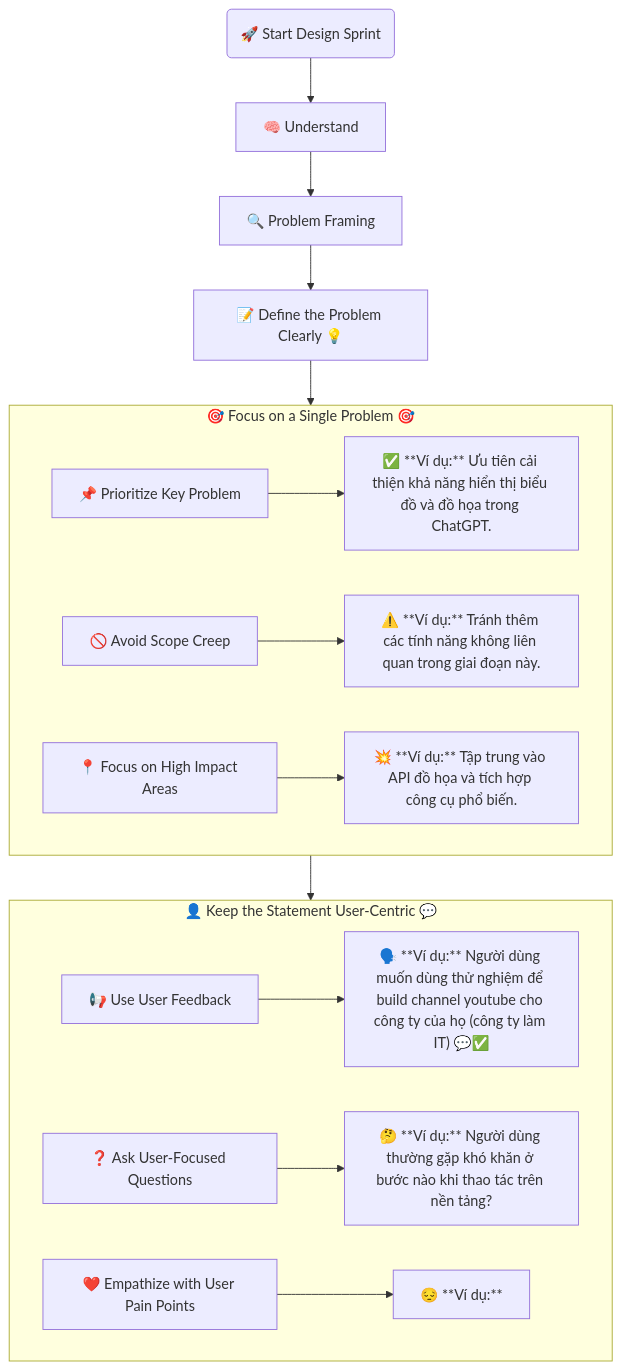
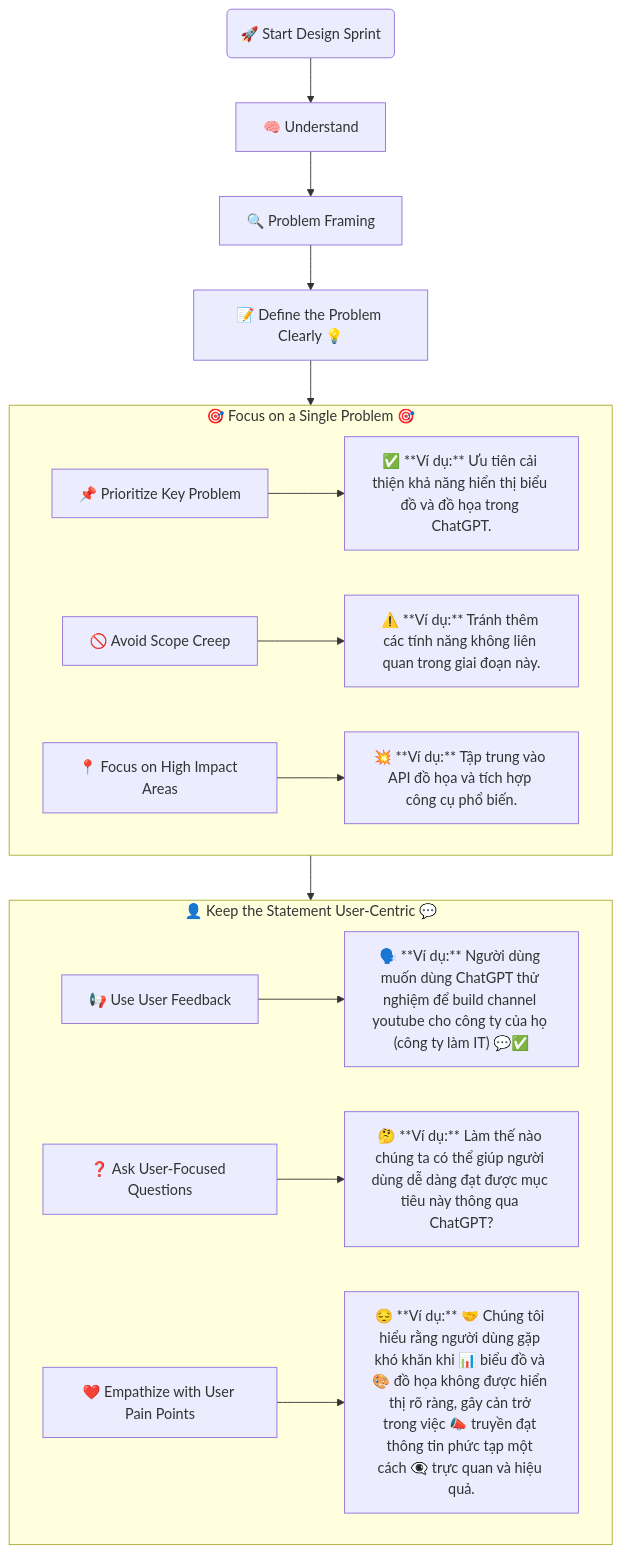
Before and after one commit to qtvhao/quickcurl: the diagram in docs/designsprintkit/phases/01-Understand/02-Understand-the-Problem/02-Problem-Framing/03-Focus-on-a-Single-Problem/01-Map.mmd, drawn with Mermaid. The commit also changed 3 other files, not shown here.

Commit message:
Enhance problem framing documentation by updating user-centric examples and adding a new flowchart to clarify the focus on a single problem.

```diff
--- a/docs/designsprintkit/phases/01-Understand/02-Understand-the-Problem/02-Problem-Framing/03-Focus-on-a-Single-Problem/01-Map.mmd
+++ b/docs/designsprintkit/phases/01-Understand/02-Understand-the-Problem/02-Problem-Framing/03-Focus-on-a-Single-Problem/01-Map.mmd
@@ -1,24 +1,24 @@
 flowchart TD
 
     Design_Sprint(🚀 Start Design Sprint) --> Understand["🧠 Understand"]
 
     Understand --> Problem_Framing["🔍 Problem Framing"]
 
     A1[📝 Define the Problem Clearly 💡]
 
     %% Focus on a Single Problem
     subgraph A2[🎯 Focus on a Single Problem 🎯]
         C1[📌 Prioritize Key Problem] --> F1["✅ **Ví dụ:** Ưu tiên cải thiện khả năng hiển thị biểu đồ và đồ họa trong ChatGPT."]
         C2[🚫 Avoid Scope Creep] --> F2["⚠️ **Ví dụ:** Tránh thêm các tính năng không liên quan trong giai đoạn này."]
         C3[📍 Focus on High Impact Areas] --> F3["💥 **Ví dụ:** Tập trung vào API đồ họa và tích hợp công cụ phổ biến."]
     end
 
     %% Keep the Statement User-Centric
     subgraph A3[👤 Keep the Statement User-Centric 💬]
-        D1[📢 Use User Feedback] --> G1["🗣️ **Ví dụ:** Người dùng muốn dùng thử nghiệm để build channel youtube cho công ty của họ (công ty làm IT) 💬✅"]
-        D2[❓ Ask User-Focused Questions] --> G2["🤔 **Ví dụ:** Người dùng thường gặp khó khăn ở bước nào khi thao tác trên nền tảng?"]
-        D3[❤️ Empathize with User Pain Points] --> G3["😔 **Ví dụ:** "]
+        D1[📢 Use User Feedback] --> G1["🗣️ **Ví dụ:** Người dùng muốn dùng ChatGPT thử nghiệm để build channel youtube cho công ty của họ (công ty làm IT) 💬✅"]
+        D2[❓ Ask User-Focused Questions] --> G2["🤔 **Ví dụ:** Làm thế nào chúng ta có thể giúp người dùng dễ dàng đạt được mục tiêu này thông qua ChatGPT?"]
+        D3[❤️ Empathize with User Pain Points] --> G3["😔 **Ví dụ:** 🤝 Chúng tôi hiểu rằng người dùng gặp khó khăn khi 📊 biểu đồ và 🎨 đồ họa không được hiển thị rõ ràng, gây cản trở trong việc 📣 truyền đạt thông tin phức tạp một cách 👁️‍🗨️ trực quan và hiệu quả."]
     end
 
     %% Connect Subgraphs in Order
     Problem_Framing --> A1 --> A2 --> A3
```
